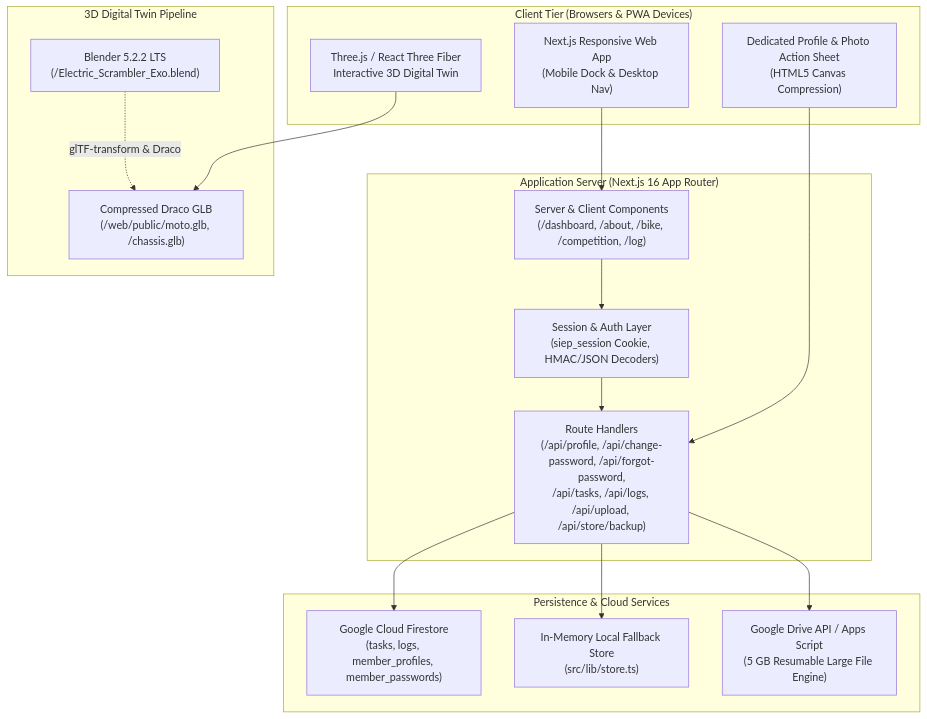
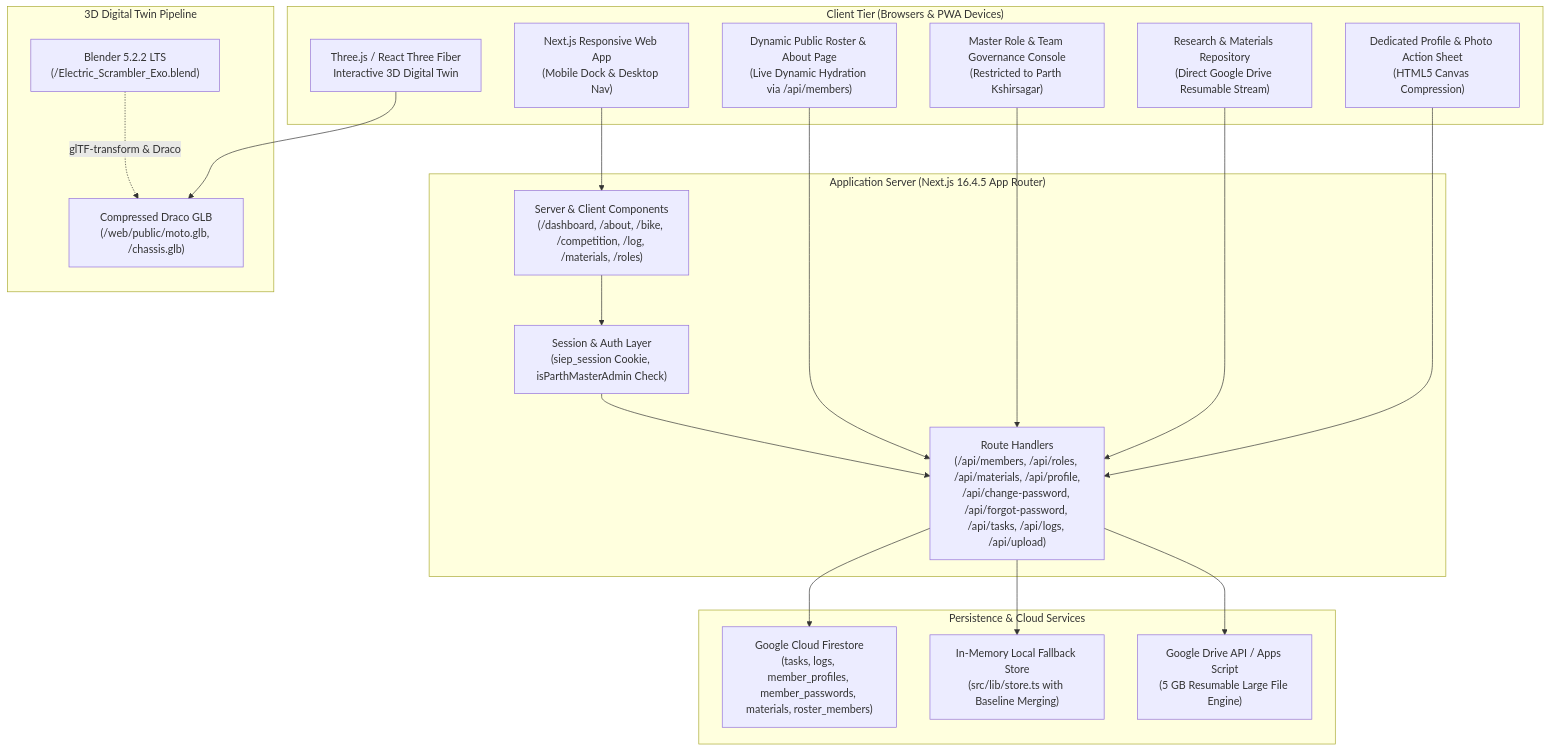
The diagram in .context/ARCHITECTURE.md (Parth-352/SIEP-Website), drawn with Mermaid before and after one commit. The commit also changed other lines of this file and 5 other files, not shown here.

````diff
--- a/.context/ARCHITECTURE.md
+++ b/.context/ARCHITECTURE.md
@@ -12,35 +12,41 @@
 ```mermaid
 flowchart TD
     subgraph Client["Client Tier (Browsers & PWA Devices)"]
         UserBrowser["Next.js Responsive Web App\n(Mobile Dock & Desktop Nav)"]
         ThreeCanvas["Three.js / React Three Fiber\nInteractive 3D Digital Twin"]
         ProfileUI["Dedicated Profile & Photo Action Sheet\n(HTML5 Canvas Compression)"]
+        MaterialsUI["Research & Materials Repository\n(Direct Google Drive Resumable Stream)"]
+        RolesUI["Master Role & Team Governance Console\n(Restricted to Parth Kshirsagar)"]
+        PublicShowcase["Dynamic Public Roster & About Page\n(Live Dynamic Hydration via /api/members)"]
     end
 
-    subgraph AppServer["Application Server (Next.js 16 App Router)"]
-        Pages["Server & Client Components\n(/dashboard, /about, /bike, /competition, /log)"]
-        AuthMiddleware["Session & Auth Layer\n(siep_session Cookie, HMAC/JSON Decoders)"]
-        APIRoutes["Route Handlers\n(/api/profile, /api/change-password, /api/forgot-password,\n/api/tasks, /api/logs, /api/upload, /api/store/backup)"]
+    subgraph AppServer["Application Server (Next.js 16.4.5 App Router)"]
+        Pages["Server & Client Components\n(/dashboard, /about, /bike, /competition, /log, /materials, /roles)"]
+        AuthMiddleware["Session & Auth Layer\n(siep_session Cookie, isParthMasterAdmin Check)"]
+        APIRoutes["Route Handlers\n(/api/members, /api/roles, /api/materials, /api/profile,\n/api/change-password, /api/forgot-password, /api/tasks, /api/logs, /api/upload)"]
     end
 
     subgraph DataServices["Persistence & Cloud Services"]
-        Firestore["Google Cloud Firestore\n(tasks, logs, member_profiles, member_passwords)"]
-        InMemory["In-Memory Local Fallback Store\n(src/lib/store.ts)"]
+        Firestore["Google Cloud Firestore\n(tasks, logs, member_profiles, member_passwords, materials, roster_members)"]
+        InMemory["In-Memory Local Fallback Store\n(src/lib/store.ts with Baseline Merging)"]
         GDrive["Google Drive API / Apps Script\n(5 GB Resumable Large File Engine)"]
     end
 
     subgraph DigitalTwin["3D Digital Twin Pipeline"]
         BlenderFile["Blender 5.2.2 LTS\n(/Electric_Scrambler_Exo.blend)"]
         GLBAssets["Compressed Draco GLB\n(/web/public/moto.glb, /chassis.glb)"]
     end
 
     UserBrowser --> Pages
     ProfileUI --> APIRoutes
+    MaterialsUI --> APIRoutes
+    RolesUI --> APIRoutes
+    PublicShowcase --> APIRoutes
     ThreeCanvas --> GLBAssets
     Pages --> AuthMiddleware
     AuthMiddleware --> APIRoutes
     APIRoutes --> Firestore
     APIRoutes --> InMemory
     APIRoutes --> GDrive
     BlenderFile -.->|glTF-transform & Draco| GLBAssets
 ```
````
